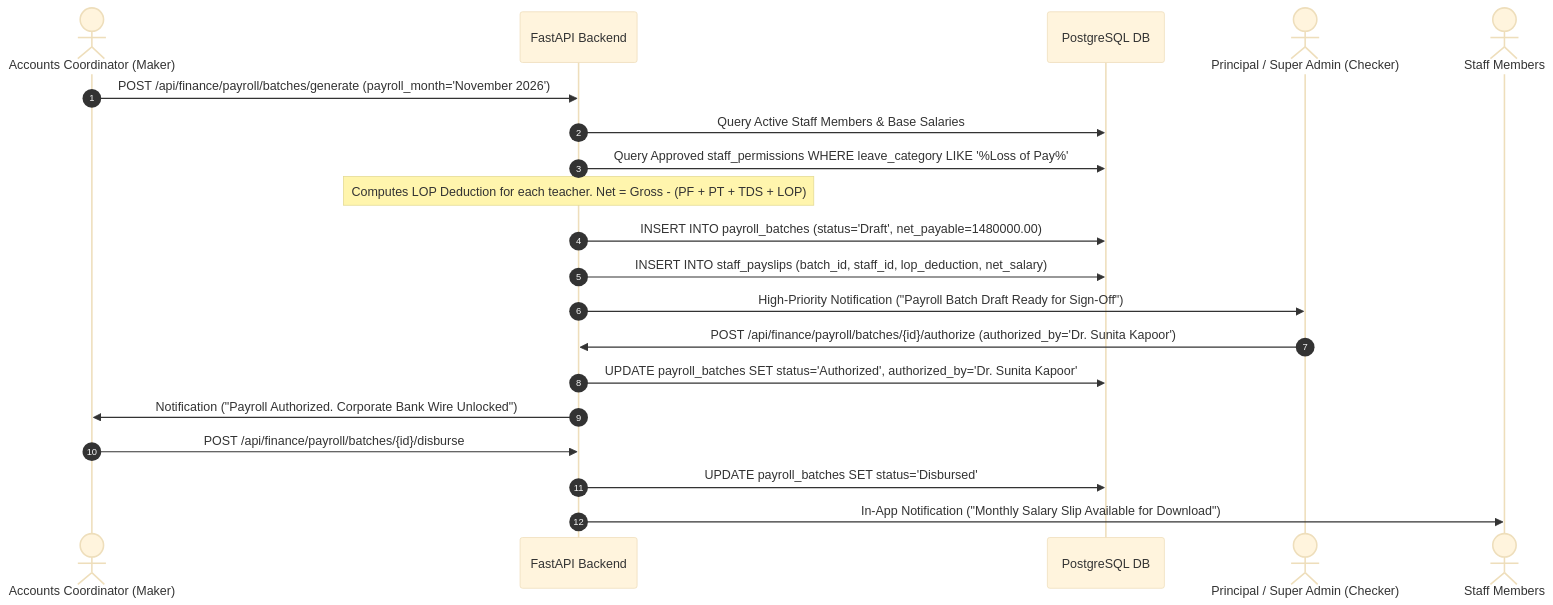
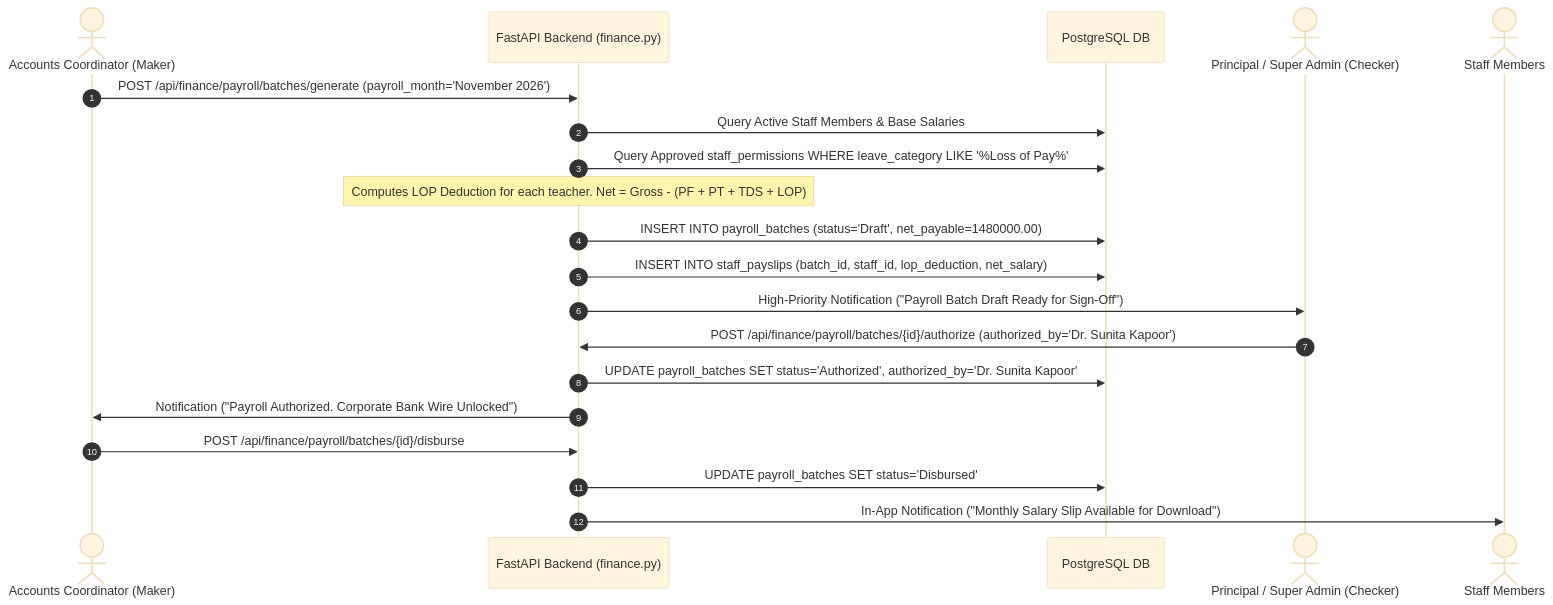
Diagram 16 of 19 in docs/architecture/ROLE_WISE_ARCHITECTURE_AND_WORKFLOWS.md (DiradzProducts/EDU360), drawn with Mermaid (base theme) before and after one commit. The commit also changed other lines of this file and 67 other files, not shown here.

````diff
--- a/docs/architecture/ROLE_WISE_ARCHITECTURE_AND_WORKFLOWS.md
+++ b/docs/architecture/ROLE_WISE_ARCHITECTURE_AND_WORKFLOWS.md
@@ -659,25 +698,25 @@
 ```mermaid
 sequenceDiagram
     autonumber
     actor Accounts as Accounts Coordinator (Maker)
-    participant API as FastAPI Backend
+    participant API as FastAPI Backend (finance.py)
     participant DB as PostgreSQL DB
     actor Admin as Principal / Super Admin (Checker)
     actor Teacher as Staff Members
 
     Accounts->>API: POST /api/finance/payroll/batches/generate (payroll_month='November 2026')
     API->>DB: Query Active Staff Members & Base Salaries
     API->>DB: Query Approved staff_permissions WHERE leave_category LIKE '%Loss of Pay%'
     Note over API: Computes LOP Deduction for each teacher. Net = Gross - (PF + PT + TDS + LOP)
     API->>DB: INSERT INTO payroll_batches (status='Draft', net_payable=1480000.00)
     API->>DB: INSERT INTO staff_payslips (batch_id, staff_id, lop_deduction, net_salary)
     API->>Admin: High-Priority Notification ("Payroll Batch Draft Ready for Sign-Off")
     
     Admin->>API: POST /api/finance/payroll/batches/{id}/authorize (authorized_by='Dr. Sunita Kapoor')
     API->>DB: UPDATE payroll_batches SET status='Authorized', authorized_by='Dr. Sunita Kapoor'
     API->>Accounts: Notification ("Payroll Authorized. Corporate Bank Wire Unlocked")
     
     Accounts->>API: POST /api/finance/payroll/batches/{id}/disburse
     API->>DB: UPDATE payroll_batches SET status='Disbursed'
     API->>Teacher: In-App Notification ("Monthly Salary Slip Available for Download")
 ```
````
